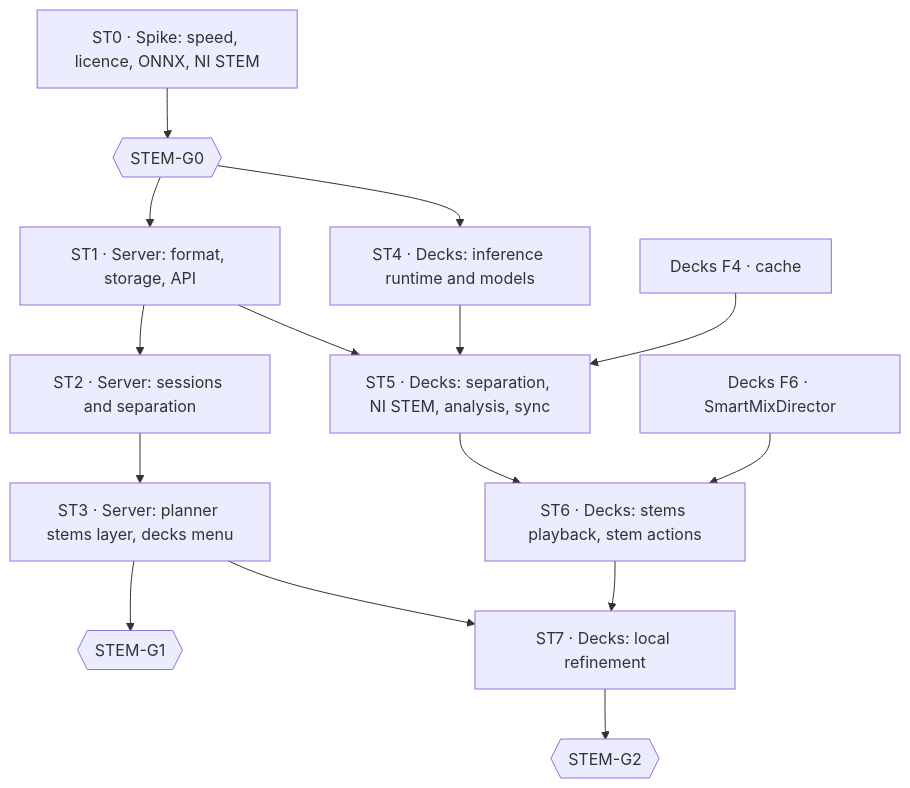
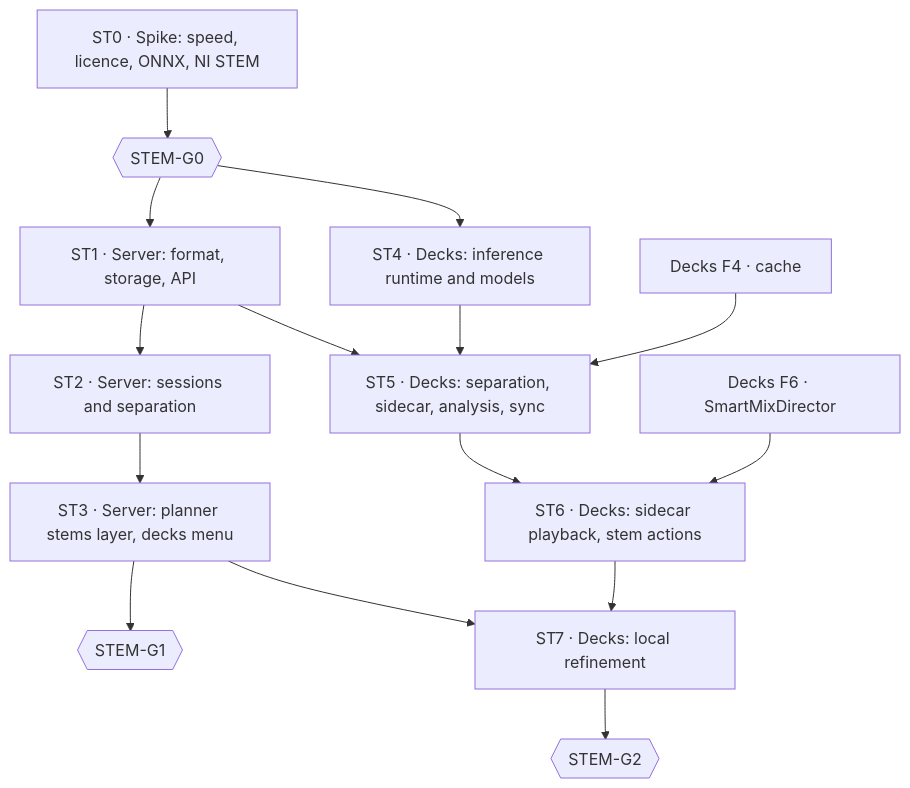
One commit to thecrateapp/crate-decks changed the diagram in docs/plans/2026-11-08-smart-mix-stems-implementation-plan.md. Above: the diagram before and after it, drawn with Mermaid. The commit also changed other lines of this file and 1 other file, not shown here.

First line of the commit message:
docs(plans): record the STEM-G0 decisions in the stems design and plan

````diff
--- a/docs/plans/2026-11-08-smart-mix-stems-implementation-plan.md
+++ b/docs/plans/2026-11-08-smart-mix-stems-implementation-plan.md
@@ -59,17 +61,17 @@
 ```mermaid
 flowchart TD
   ST0[ST0 · Spike: speed, licence, ONNX, NI STEM] --> G0{{STEM-G0}}
   G0 --> ST1[ST1 · Server: format, storage, API]
   ST1 --> ST2[ST2 · Server: sessions and separation]
   ST2 --> ST3[ST3 · Server: planner stems layer, decks menu]
   ST3 --> G1{{STEM-G1}}
   G0 --> ST4[ST4 · Decks: inference runtime and models]
-  ST4 --> ST5[ST5 · Decks: separation, NI STEM, analysis, sync]
+  ST4 --> ST5[ST5 · Decks: separation, sidecar, analysis, sync]
   ST1 --> ST5
   F4[Decks F4 · cache] --> ST5
-  ST5 --> ST6[ST6 · Decks: stems playback, stem actions]
+  ST5 --> ST6[ST6 · Decks: sidecar playback, stem actions]
   F6[Decks F6 · SmartMixDirector] --> ST6
   ST3 --> ST7[ST7 · Decks: local refinement]
   ST6 --> ST7
   ST7 --> G2{{STEM-G2}}
 ```
````
